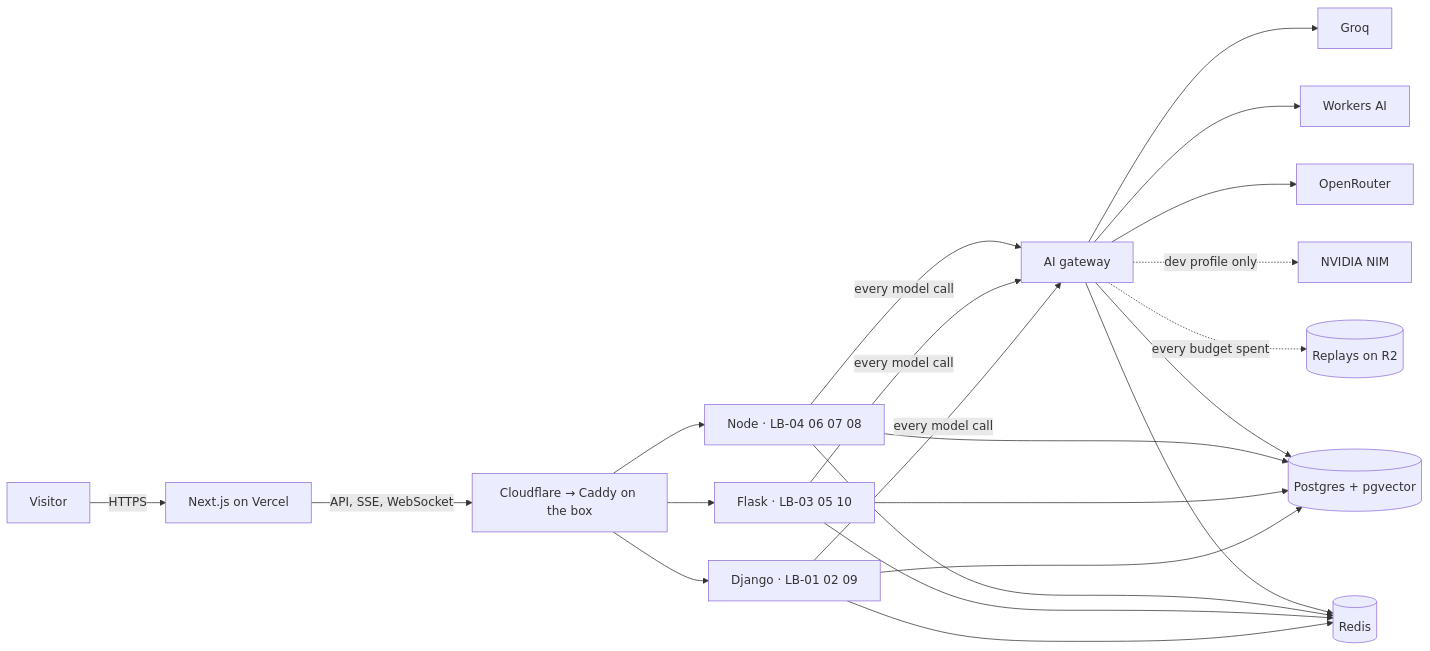
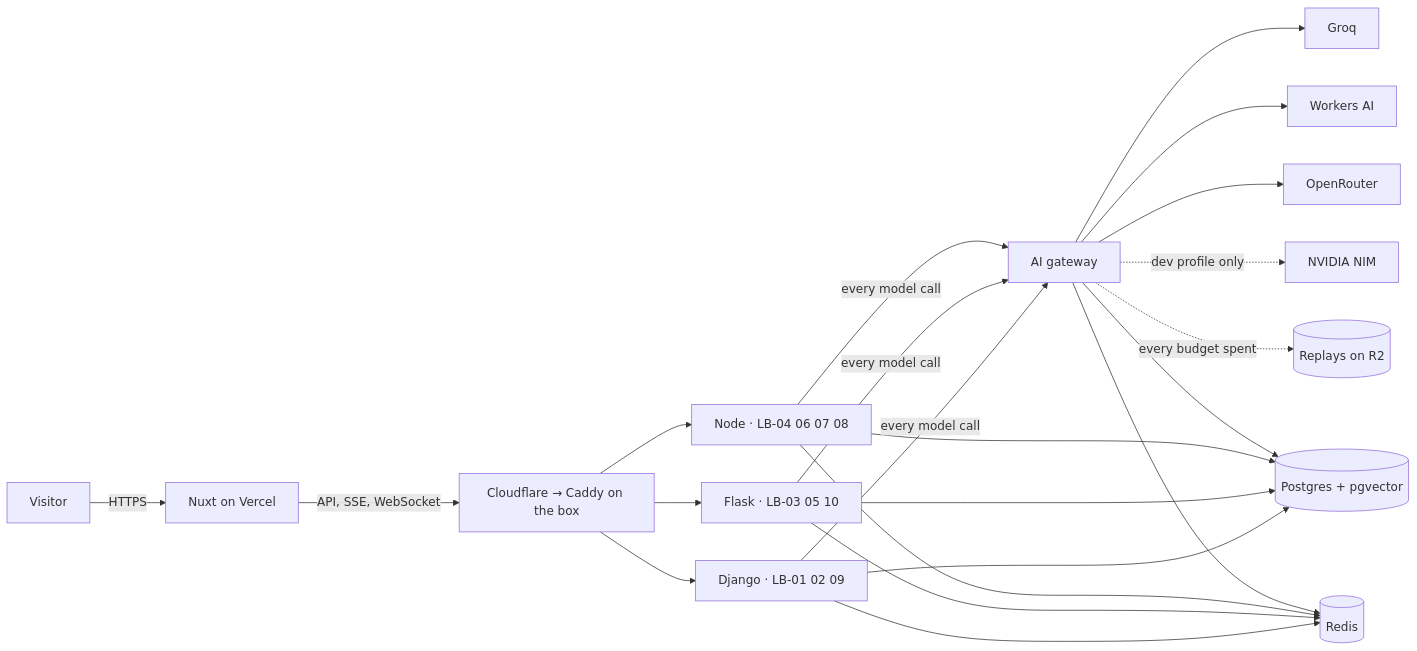
Before and after one commit to Landry12-BAS/Portfolio: the diagram in docs/STACK.md, drawn with Mermaid. The commit also changed other lines of this file and 17 other files, not shown here.

````diff
--- a/docs/STACK.md
+++ b/docs/STACK.md
@@ -47,16 +48,16 @@
 ```mermaid
 flowchart LR
-  V[Visitor] -->|HTTPS| W[Next.js on Vercel]
+  V[Visitor] -->|HTTPS| W[Nuxt on Vercel]
   W -->|API, SSE, WebSocket| C[Cloudflare → Caddy on the box]
   C --> DJ[Django · LB-01 02 09]
   C --> FL[Flask · LB-03 05 10]
   C --> ND[Node · LB-04 06 07 08]
   DJ & FL & ND -->|every model call| GW[AI gateway]
   GW --> GQ[Groq]
   GW --> CF[Workers AI]
   GW --> OR[OpenRouter]
   GW -.->|dev profile only| NV[NVIDIA NIM]
   GW -.->|every budget spent| RP[(Replays on R2)]
   DJ & FL & ND & GW --> PG[(Postgres + pgvector)]
   DJ & FL & ND & GW --> RD[(Redis)]
 ```
````
